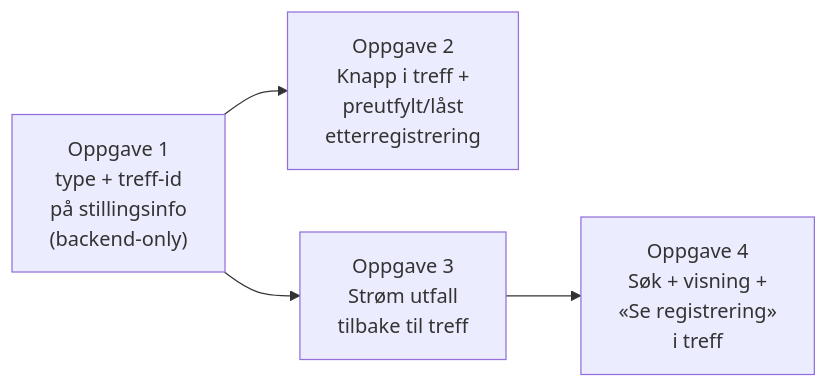
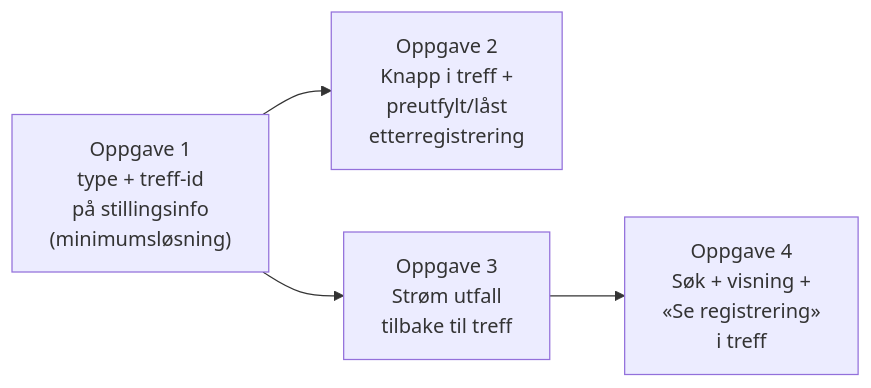
The diagram in docs/9-planer/rekrutteringstreff-fått-jobben/fatt-jobben-etterregistrering-rekrutteringstreff.md (navikt/rekrutteringstreff-backend), drawn with Mermaid before and after one commit. The commit also changed other lines of this file, not shown here.

````diff
--- a/docs/9-planer/rekrutteringstreff-fått-jobben/fatt-jobben-etterregistrering-rekrutteringstreff.md
+++ b/docs/9-planer/rekrutteringstreff-fått-jobben/fatt-jobben-etterregistrering-rekrutteringstreff.md
@@ -136,11 +137,11 @@
 ```mermaid
 flowchart LR
-    O1["Oppgave 1<br/>type + treff-id<br/>på stillingsinfo<br/>(backend-only)"]
+    O1["Oppgave 1<br/>type + treff-id<br/>på stillingsinfo<br/>(minimumsløsning)"]
     O2["Oppgave 2<br/>Knapp i treff +<br/>preutfylt/låst<br/>etterregistrering"]
     O3["Oppgave 3<br/>Strøm utfall<br/>tilbake til treff"]
     O4["Oppgave 4<br/>Søk + visning +<br/>«Se registrering»<br/>i treff"]
 
     O1 --> O2
     O1 --> O3
     O3 --> O4
 ```
````
